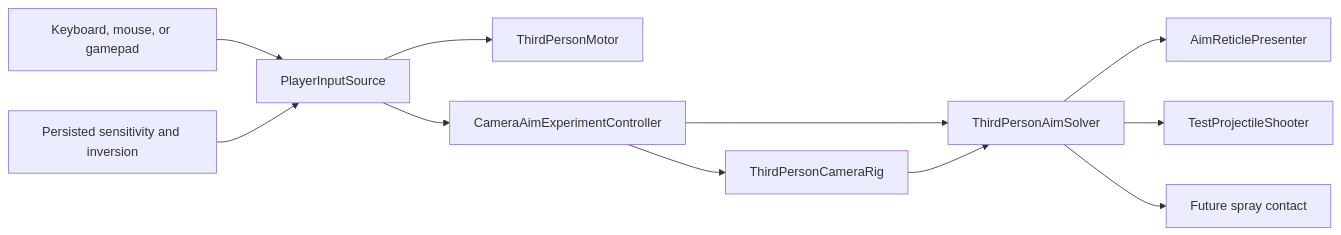
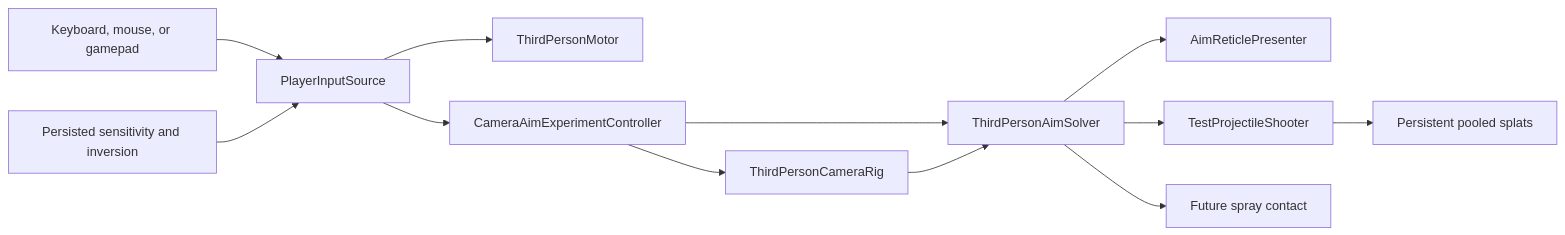
One commit to Zanark/Entropy-Tag changed the diagram in docs/11_PLAYER_CAMERA_INPUT.md. Above: the diagram before and after it, drawn with Mermaid. The commit also changed other lines of this file and 24 other files, not shown here.

````diff
--- a/docs/11_PLAYER_CAMERA_INPUT.md
+++ b/docs/11_PLAYER_CAMERA_INPUT.md
@@ -43,27 +52,29 @@
 ```mermaid
 flowchart LR
     accTitle: Player sandbox runtime flow
-    accDescr: Mouse delta or right stick rotates the camera around the player, while a fixed centered reticle produces one shared physics aim solution for feedback and shooting.
+    accDescr: Mouse or right stick moves a free reticle while continuously rotating the camera, and the shared physics aim solution drives feedback and persistent impact splats.
 
     devices[Keyboard, mouse, or gamepad]
     input[PlayerInputSource]
     settings[Persisted sensitivity and inversion]
     motor[ThirdPersonMotor]
     camera[ThirdPersonCameraRig]
     experiment[CameraAimExperimentController]
     aim[ThirdPersonAimSolver]
     reticle[AimReticlePresenter]
     shooter[TestProjectileShooter]
+    splats[Persistent pooled splats]
     spray[Future spray contact]
 
     devices --> input
     settings --> input
     input --> motor
     input --> experiment
     experiment --> camera
     experiment --> aim
     camera --> aim
     aim --> reticle
     aim --> shooter
+    shooter --> splats
     aim --> spray
 ```
````
